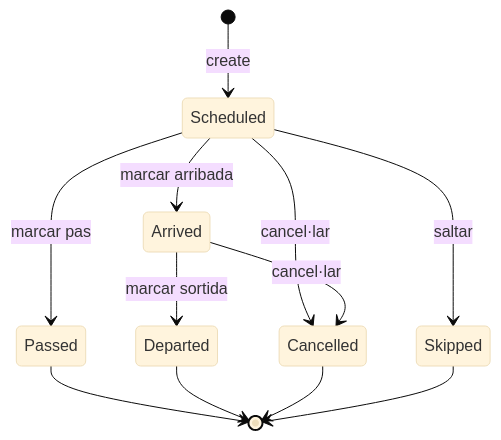
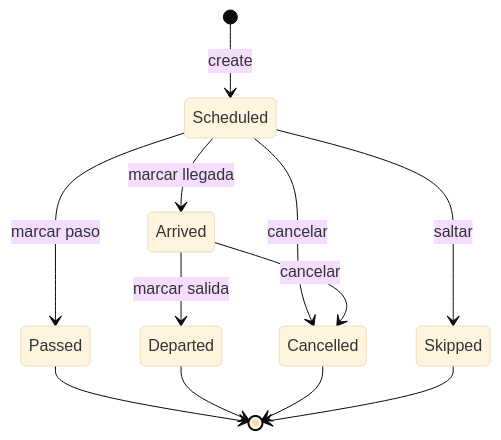
The fourth of 4 diagrams in docs/DOMAIN-MODEL.md (andreums/railboard), drawn with Mermaid (base theme) before and after one commit. The commit also changed other lines of this file and 9 other files, not shown here.

````diff
--- a/docs/DOMAIN-MODEL.md
+++ b/docs/DOMAIN-MODEL.md
@@ -458,14 +458,14 @@
 ```mermaid
 stateDiagram-v2
     [*] --> Scheduled : create
-    Scheduled --> Arrived : marcar arribada
-    Scheduled --> Passed : marcar pas
-    Scheduled --> Cancelled : cancel·lar
+    Scheduled --> Arrived : marcar llegada
+    Scheduled --> Passed : marcar paso
+    Scheduled --> Cancelled : cancelar
     Scheduled --> Skipped : saltar
-    Arrived --> Departed : marcar sortida
-    Arrived --> Cancelled : cancel·lar
+    Arrived --> Departed : marcar salida
+    Arrived --> Cancelled : cancelar
     Passed --> [*]
     Departed --> [*]
     Cancelled --> [*]
     Skipped --> [*]
 ```
````
